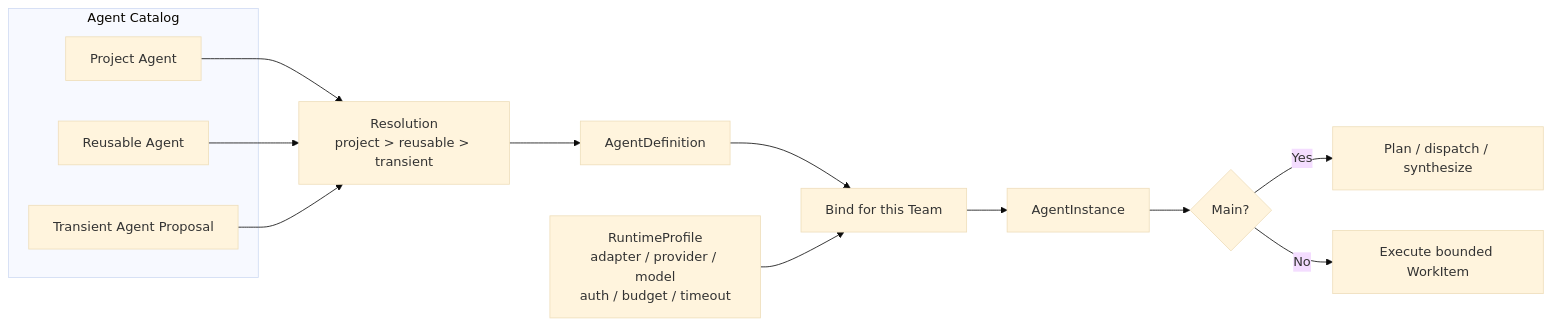
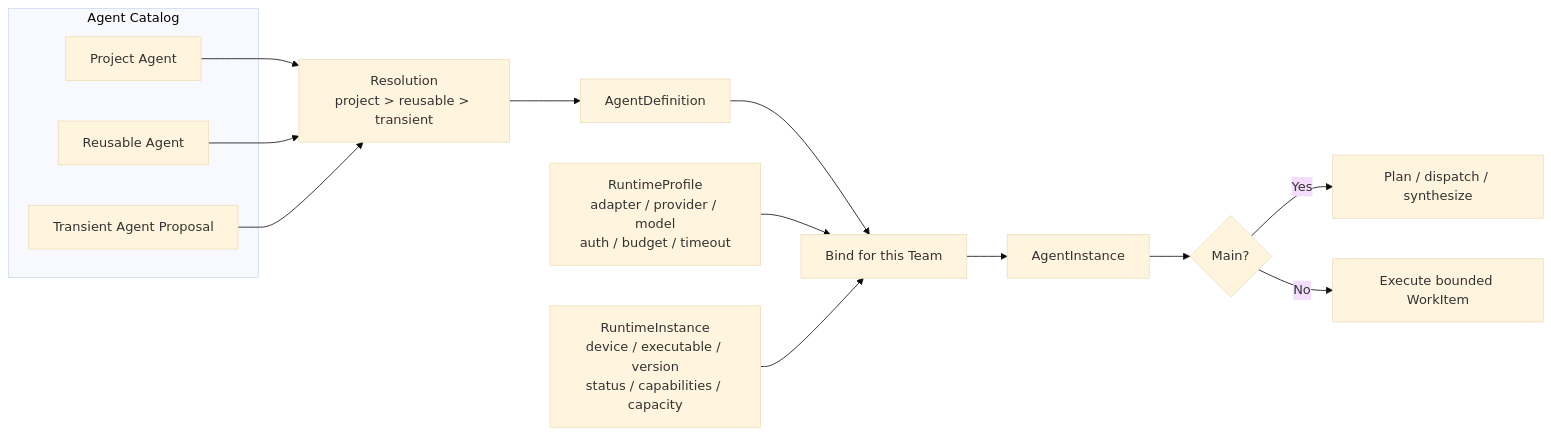
One commit to tttboy123/loom changed the third of 13 diagrams in docs/ARCHITECTURE.md. Above: the diagram before and after it, drawn with Mermaid (base theme). The commit also changed other lines of this file and 26 other files, not shown here.

````diff
--- a/docs/ARCHITECTURE.md
+++ b/docs/ARCHITECTURE.md
@@ -80,21 +89,22 @@
 ```mermaid
 flowchart LR
     subgraph Catalog["Agent Catalog"]
         Project["Project Agent"]
         Reusable["Reusable Agent"]
         Transient["Transient Agent Proposal"]
     end
 
     Resolve["Resolution<br/>project > reusable > transient"] --> Definition["AgentDefinition"]
     Project --> Resolve
     Reusable --> Resolve
     Transient --> Resolve
 
     Definition --> Bind["Bind for this Team"]
     Runtime["RuntimeProfile<br/>adapter / provider / model<br/>auth / budget / timeout"] --> Bind
+    RuntimeInstance["RuntimeInstance<br/>device / executable / version<br/>status / capabilities / capacity"] --> Bind
     Bind --> Instance["AgentInstance"]
 
     Instance --> Main{"Main?"}
     Main -->|"Yes"| Coordinator["Plan / dispatch / synthesize"]
     Main -->|"No"| Worker["Execute bounded WorkItem"]
 ```
````
